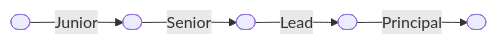
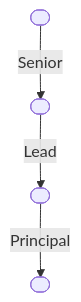
The second of 2 diagrams in about.md (mouseless/mouseless.codes), drawn with Mermaid before and after one commit. The commit also changed other lines of this file and 7 other files, not shown here.

````diff
--- a/about.md
+++ b/about.md
@@ -128,13 +191,11 @@
 ```mermaid
-flowchart LR
-    1([ ])
+flowchart TB
     2([ ])
     3([ ])
     4([ ])
     5([ ])
 
-    1 --Junior--> 2
     2 --Senior--> 3
     3 --Lead--> 4
     4 --Principal--> 5
 ```
````
